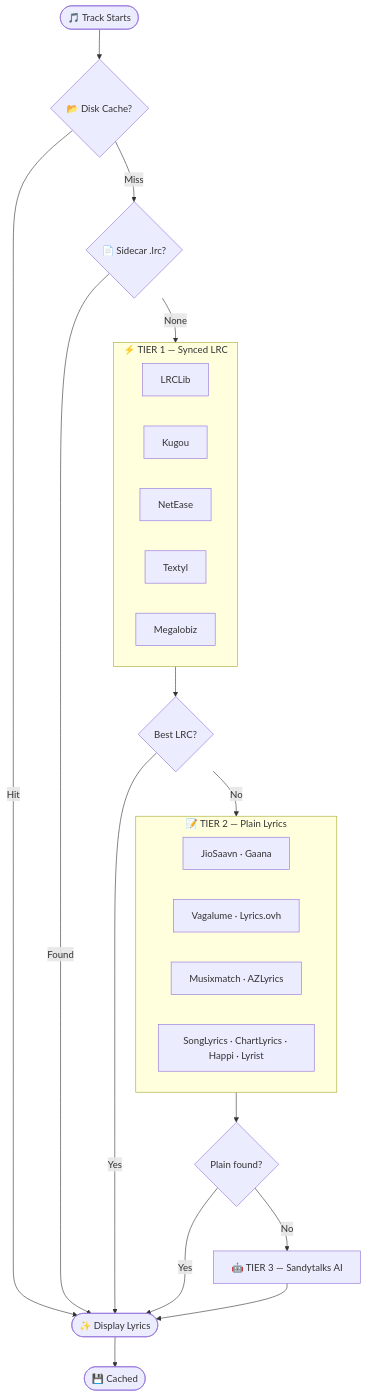
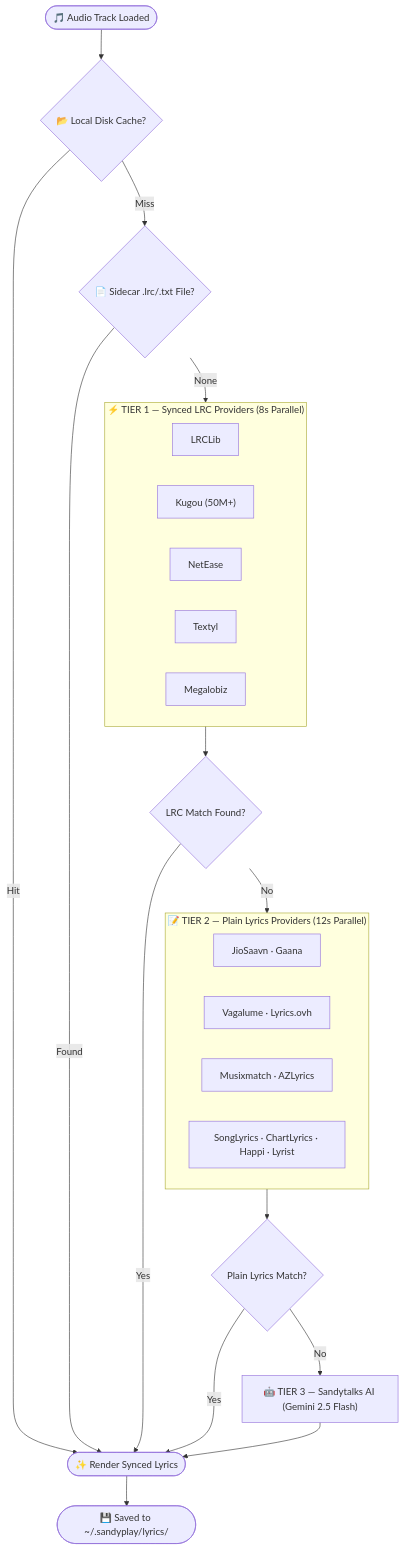
Before and after one commit to sandytalks/SANDYPLAY: the first of 2 diagrams in README.md, drawn with Mermaid. The commit also changed other lines of this file, not shown here.

````diff
--- a/README.md
+++ b/README.md
@@ -203,22 +232,22 @@
 ```mermaid
 flowchart TD
-    A(["🎵 Track Starts"]) --> B{"📂 Disk Cache?"}
-    B -- Hit --> Z(["✨ Display Lyrics"])
-    B -- Miss --> C{"📄 Sidecar .lrc?"}
+    A(["🎵 Audio Track Loaded"]) --> B{"📂 Local Disk Cache?"}
+    B -- Hit --> Z(["✨ Render Synced Lyrics"])
+    B -- Miss --> C{"📄 Sidecar .lrc/.txt File?"}
     C -- Found --> Z
     C -- None --> D
-    subgraph D["⚡ TIER 1 — Synced LRC"]
-        D1["LRCLib"] & D2["Kugou"] & D3["NetEase"] & D4["Textyl"] & D5["Megalobiz"]
+    subgraph D["⚡ TIER 1 — Synced LRC Providers (8s Parallel)"]
+        D1["LRCLib"] & D2["Kugou (50M+)"] & D3["NetEase"] & D4["Textyl"] & D5["Megalobiz"]
     end
-    D --> E{"Best LRC?"}
+    D --> E{"LRC Match Found?"}
     E -- Yes --> Z
     E -- No --> F
-    subgraph F["📝 TIER 2 — Plain Lyrics"]
+    subgraph F["📝 TIER 2 — Plain Lyrics Providers (12s Parallel)"]
         F1["JioSaavn · Gaana"] & F2["Vagalume · Lyrics.ovh"] & F3["Musixmatch · AZLyrics"] & F4["SongLyrics · ChartLyrics · Happi · Lyrist"]
     end
-    F --> G{"Plain found?"}
+    F --> G{"Plain Lyrics Match?"}
     G -- Yes --> Z
-    G -- No --> H["🤖 TIER 3 — Sandytalks AI"]
+    G -- No --> H["🤖 TIER 3 — Sandytalks AI (Gemini 2.5 Flash)"]
     H --> Z
-    Z --> I(["💾 Cached"])
+    Z --> I(["💾 Saved to ~/.sandyplay/lyrics/"])
 ```
````
